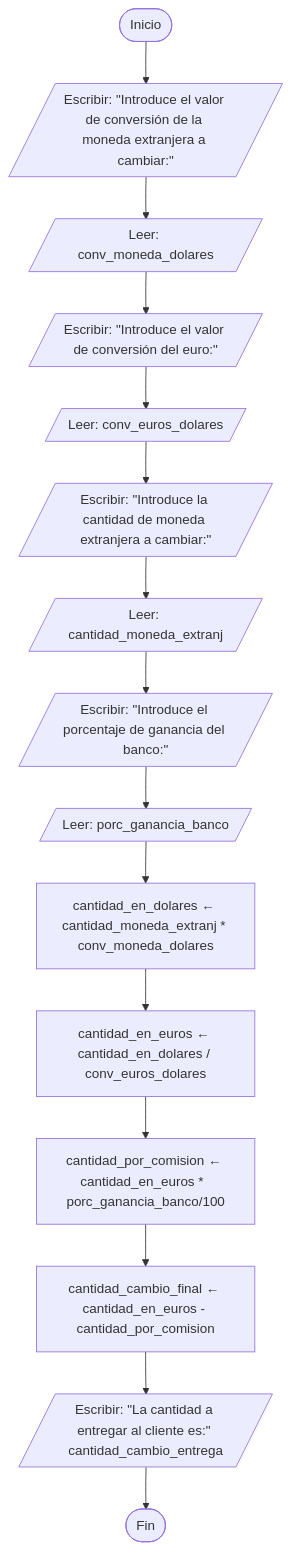
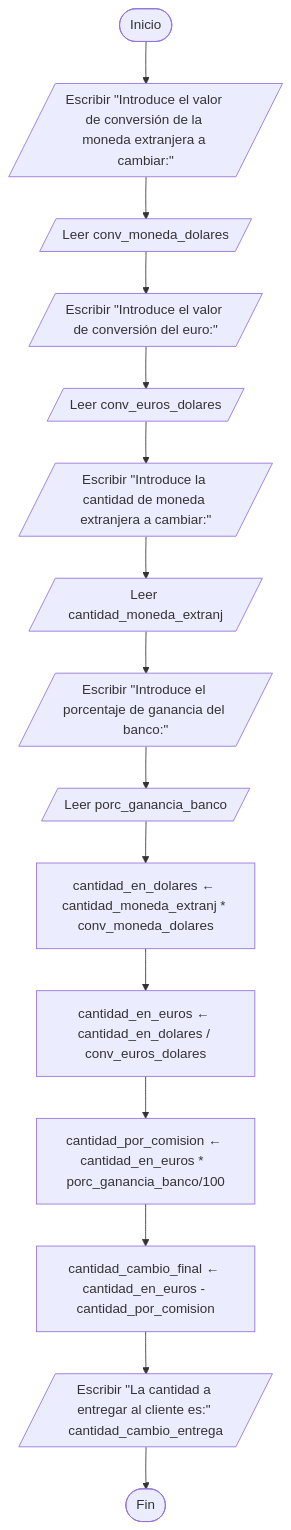
Before and after one commit to jjcastroschez/Introduccion-Computacion-Cientifica: the diagram in 02_algoritmos/ejemplos/T2_Ejem_ICC.md, drawn with Mermaid. The commit also changed other lines of this file and 5 other files, not shown here.

````diff
--- a/02_algoritmos/ejemplos/T2_Ejem_ICC.md
+++ b/02_algoritmos/ejemplos/T2_Ejem_ICC.md
@@ -104,17 +104,17 @@
 ```mermaid
 flowchart TD    
-    A([Inicio]) --> B[/Escribir: "Introduce el valor de conversión de la moneda extranjera a cambiar:"/]
-    B --> C[/"Leer: conv_moneda_dolares"/]    
-    C --> D[/Escribir: "Introduce el valor de conversión del euro:"/]    
-    D --> E[/"Leer: conv_euros_dolares"/]
-    E --> F[/Escribir: "Introduce la cantidad de moneda extranjera a cambiar:"/]
-    F --> G[/"Leer: cantidad_moneda_extranj"/]
-    G --> H[/Escribir: "Introduce el porcentaje de ganancia del banco:"/]
-    H --> I[/"Leer: porc_ganancia_banco"/]    
+    A([Inicio]) --> B[/Escribir "Introduce el valor de conversión de la moneda extranjera a cambiar:"/]
+    B --> C[/"Leer conv_moneda_dolares"/]    
+    C --> D[/Escribir "Introduce el valor de conversión del euro:"/]    
+    D --> E[/"Leer conv_euros_dolares"/]
+    E --> F[/Escribir "Introduce la cantidad de moneda extranjera a cambiar:"/]
+    F --> G[/"Leer cantidad_moneda_extranj"/]
+    G --> H[/Escribir "Introduce el porcentaje de ganancia del banco:"/]
+    H --> I[/"Leer porc_ganancia_banco"/]    
     I --> J[cantidad_en_dolares ← cantidad_moneda_extranj * conv_moneda_dolares]
     J --> K[cantidad_en_euros ← cantidad_en_dolares / conv_euros_dolares] 
     K --> L[cantidad_por_comision ← cantidad_en_euros *  porc_ganancia_banco/100] 
     L --> M[cantidad_cambio_final ← cantidad_en_euros - cantidad_por_comision]
-    M --> N[/Escribir: "La cantidad a entregar al cliente es:" cantidad_cambio_entrega/]    
+    M --> N[/Escribir "La cantidad a entregar al cliente es:" cantidad_cambio_entrega/]    
     N --> O([Fin])
 ```
````
